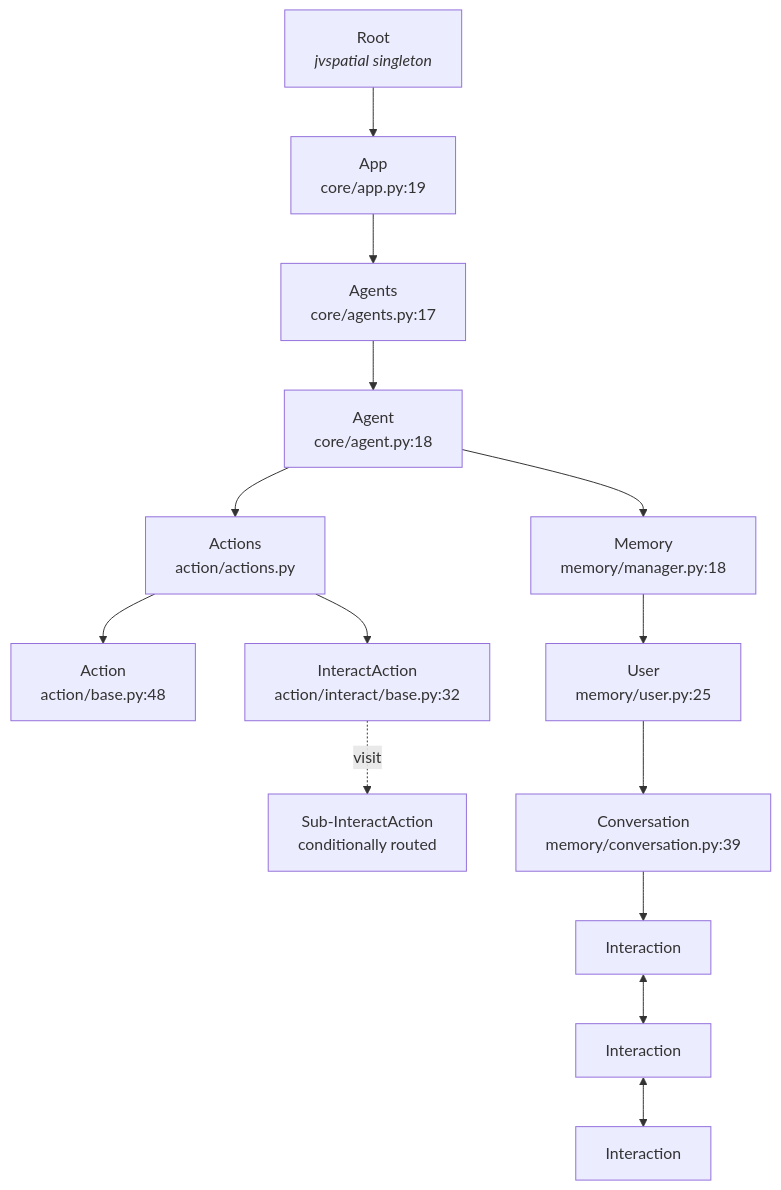
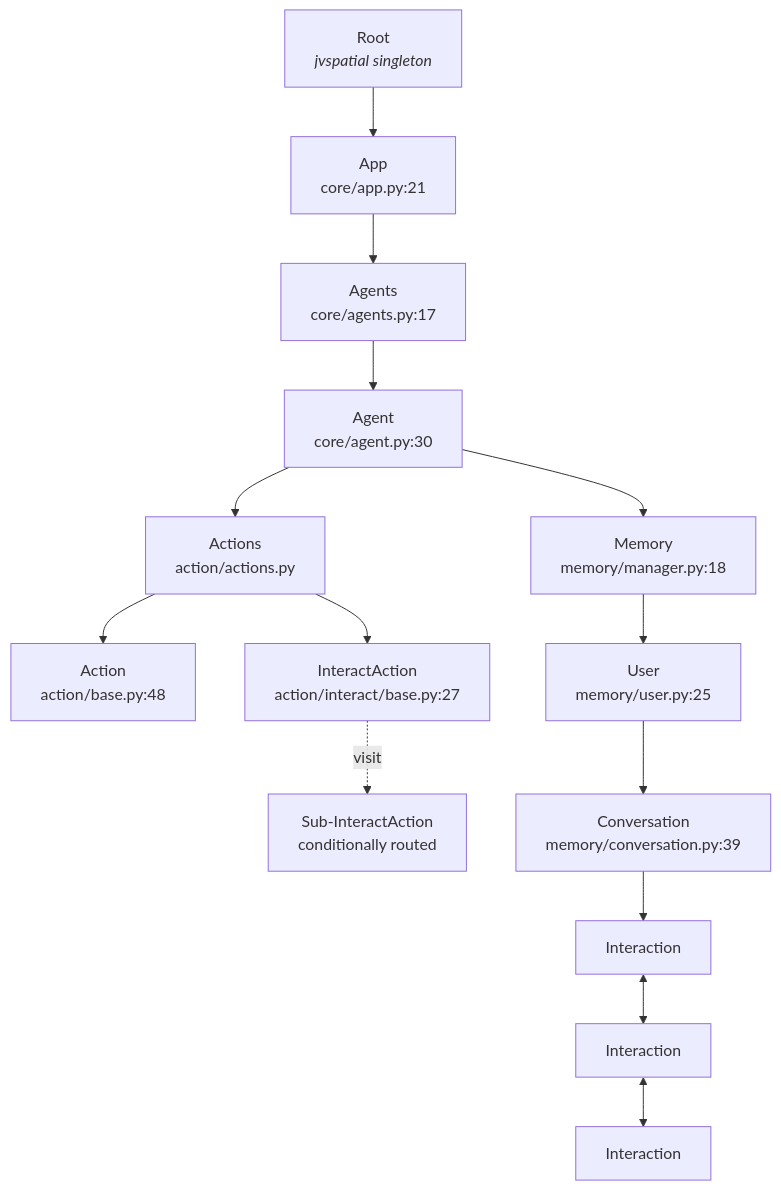
The first of 5 diagrams in .planning/architecture.md (TrueSelph/jvagent), drawn with Mermaid before and after one commit. The commit also changed other lines of this file and 30 other files, not shown here.

````diff
--- a/.planning/architecture.md
+++ b/.planning/architecture.md
@@ -9,31 +9,31 @@
 ```mermaid
 graph TD
     Root[Root<br/><i>jvspatial singleton</i>]
-    App[App<br/>core/app.py:19]
+    App[App<br/>core/app.py:21]
     Agents[Agents<br/>core/agents.py:17]
-    Agent[Agent<br/>core/agent.py:18]
+    Agent[Agent<br/>core/agent.py:30]
     Actions[Actions<br/>action/actions.py]
     Action1[Action<br/>action/base.py:48]
-    IA1[InteractAction<br/>action/interact/base.py:32]
+    IA1[InteractAction<br/>action/interact/base.py:27]
     IAChild[Sub-InteractAction<br/>conditionally routed]
     Memory[Memory<br/>memory/manager.py:18]
     User[User<br/>memory/user.py:25]
     Conv[Conversation<br/>memory/conversation.py:39]
     I1[Interaction]
     I2[Interaction]
     I3[Interaction]
 
     Root --> App
     App --> Agents
     Agents --> Agent
     Agent --> Actions
     Agent --> Memory
     Actions --> Action1
     Actions --> IA1
     IA1 -. visit .-> IAChild
     Memory --> User
     User --> Conv
     Conv --> I1
     I1 <--> I2
     I2 <--> I3
 ```
````
